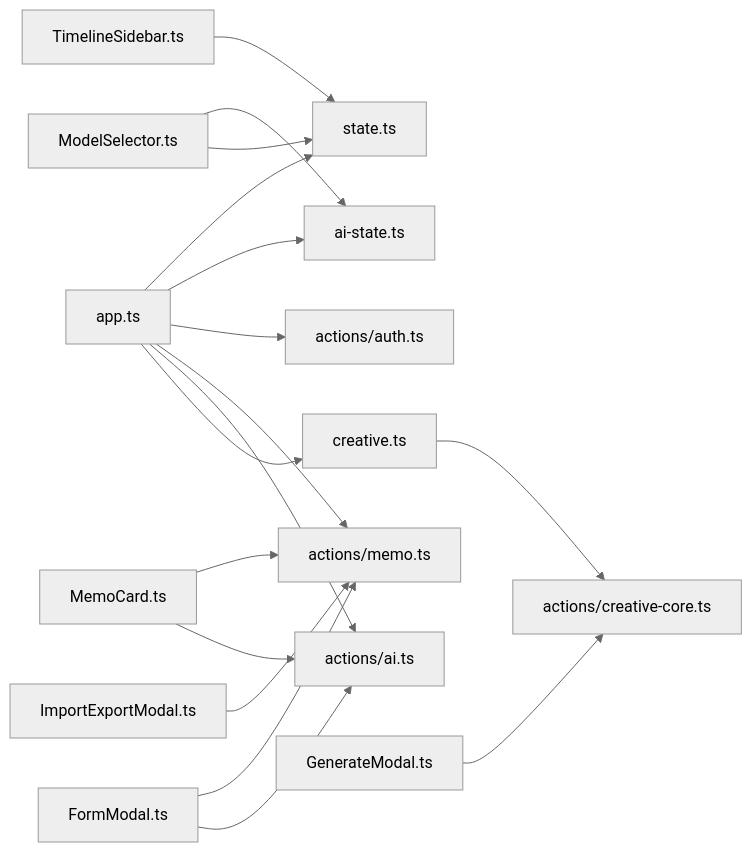
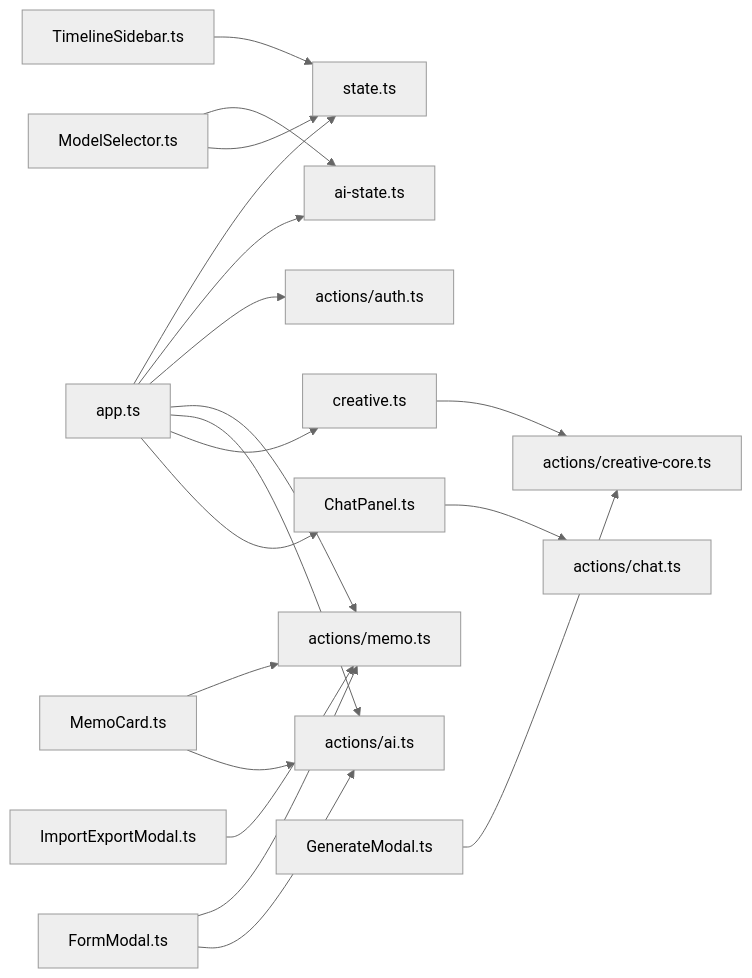
One commit to BlackBoxRecorder/memos changed diagram 14 of 14 in .qoder/repowiki/zh/content/前端应用/Admin管理界面/Admin管理界面.md. Above: the diagram before and after it, drawn with Mermaid (neutral theme). The commit also changed other lines of this file and 8 other files, not shown here.

````diff
--- a/.qoder/repowiki/zh/content/前端应用/Admin管理界面/Admin管理界面.md
+++ b/.qoder/repowiki/zh/content/前端应用/Admin管理界面/Admin管理界面.md
@@ -437,19 +519,21 @@
 ```mermaid
 graph LR
 APP["app.ts"] --> STATE["state.ts"]
 APP --> AI_STATE["ai-state.ts"]
 APP --> AUTH_ACT["actions/auth.ts"]
 APP --> MEMO_ACT["actions/memo.ts"]
 APP --> AI_ACT["actions/ai.ts"]
 APP --> CREATIVE["creative.ts"]
+APP --> CHATPANEL["ChatPanel.ts"]
 CREATIVE --> CREATIVE_ACT["actions/creative-core.ts"]
+CHATPANEL --> CHAT_ACT["actions/chat.ts"]
 MEMOCARD["MemoCard.ts"] --> MEMO_ACT
 MEMOCARD --> AI_ACT
 FORMMODAL["FormModal.ts"] --> MEMO_ACT
 FORMMODAL --> AI_ACT
 TIMELINE["TimelineSidebar.ts"] --> STATE
 MODELSEL["ModelSelector.ts"] --> AI_STATE
 MODELSEL --> STATE
 IMPORTMODAL["ImportExportModal.ts"] --> MEMO_ACT
 GENMODAL["GenerateModal.ts"] --> CREATIVE_ACT
 ```
````
